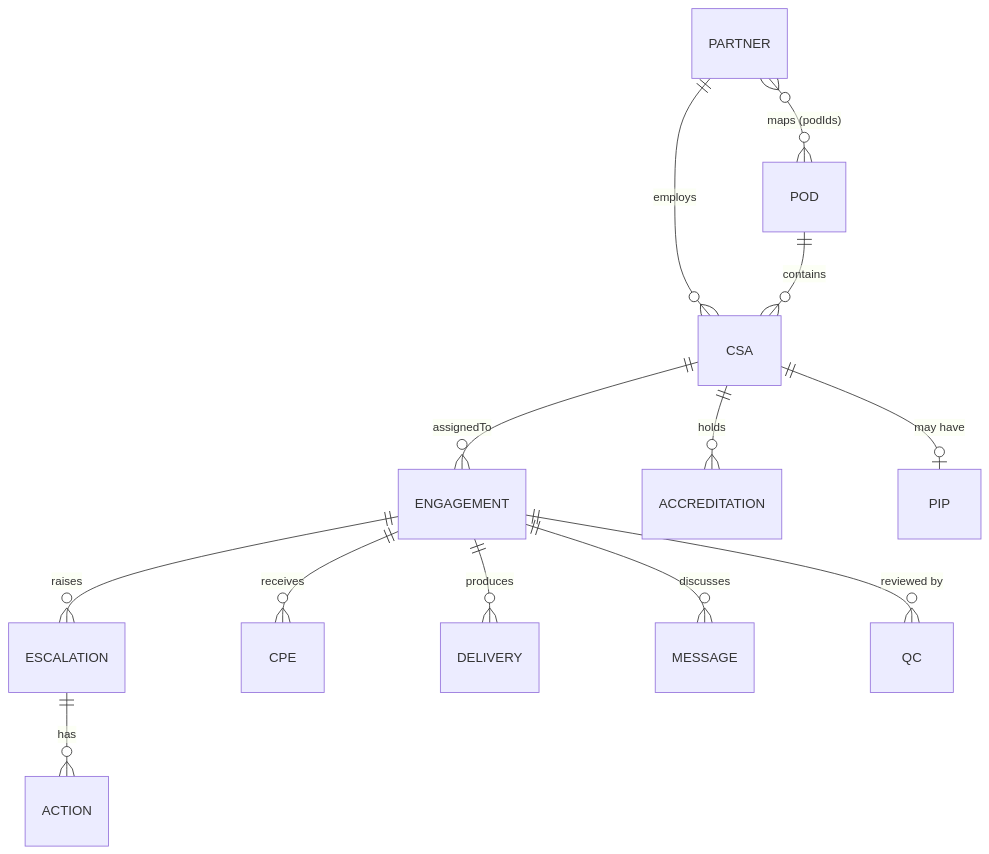
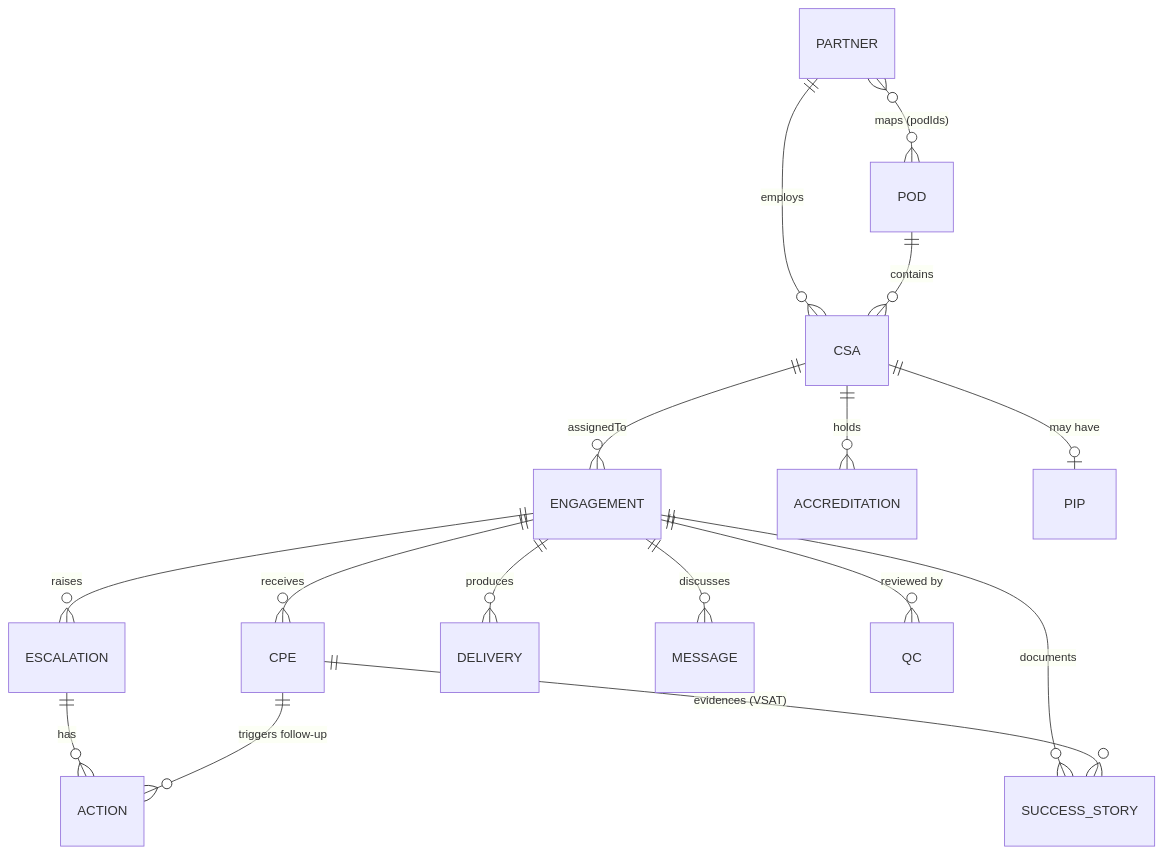
The diagram in specs/02-data-and-system-of-record.md (lefrasso/SSD-Command-Center), drawn with Mermaid before and after one commit. The commit also changed other lines of this file and 24 other files, not shown here.

````diff
--- a/specs/02-data-and-system-of-record.md
+++ b/specs/02-data-and-system-of-record.md
@@ -81,15 +82,18 @@
 ```mermaid
 erDiagram
   PARTNER ||--o{ CSA : employs
   POD ||--o{ CSA : contains
   PARTNER }o--o{ POD : "maps (podIds)"
   CSA ||--o{ ENGAGEMENT : "assignedTo"
   ENGAGEMENT ||--o{ ESCALATION : raises
   ESCALATION ||--o{ ACTION : has
   ENGAGEMENT ||--o{ CPE : receives
   ENGAGEMENT ||--o{ DELIVERY : produces
+  ENGAGEMENT ||--o{ SUCCESS_STORY : documents
+  CPE ||--o{ SUCCESS_STORY : "evidences (VSAT)"
+  CPE ||--o{ ACTION : "triggers follow-up"
   ENGAGEMENT ||--o{ MESSAGE : discusses
   ENGAGEMENT ||--o{ QC : "reviewed by"
   CSA ||--o{ ACCREDITATION : holds
   CSA ||--o| PIP : "may have"
 ```
````
